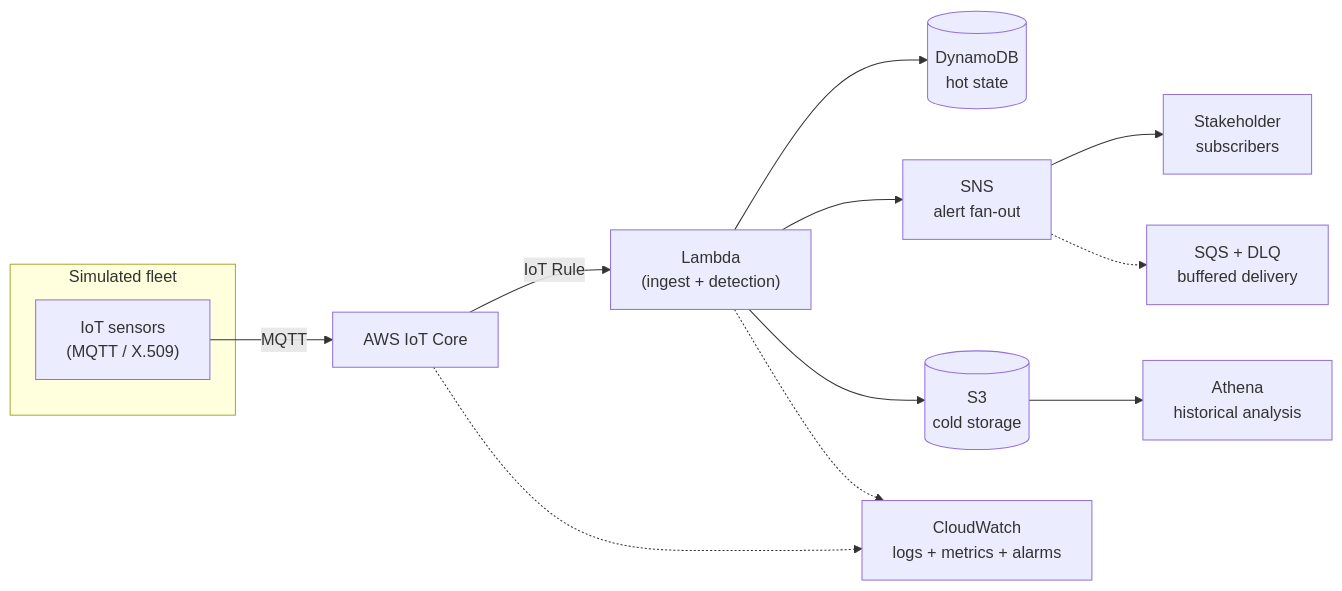
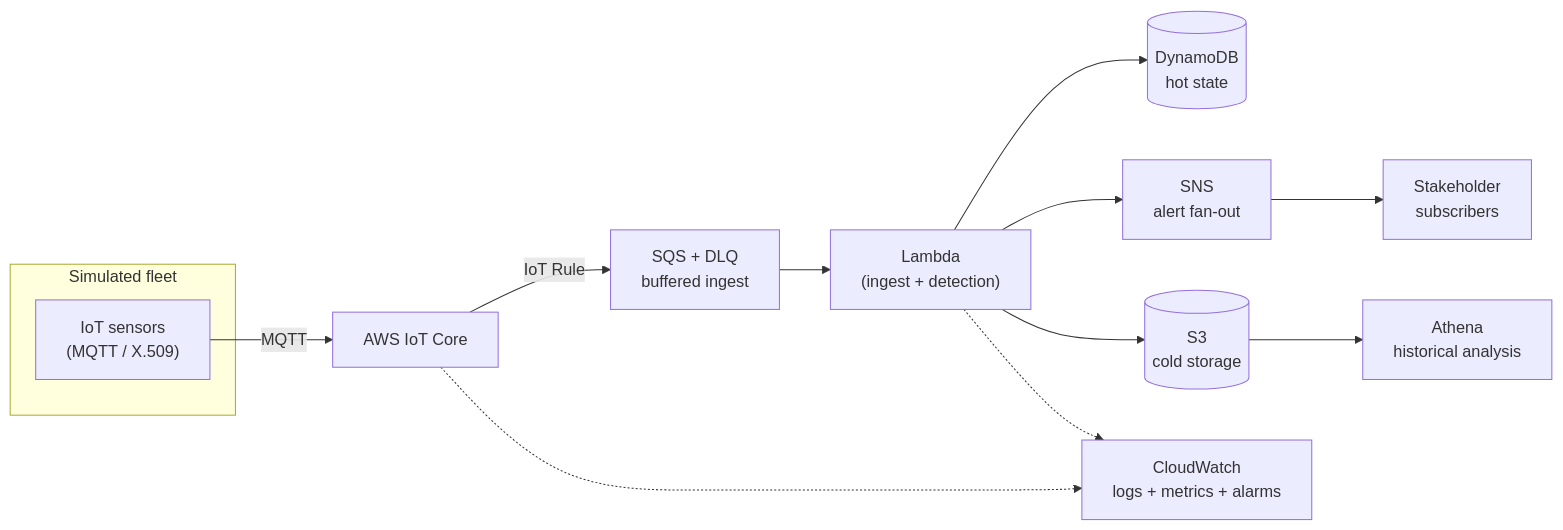
The diagram in README.md (jssutachan/pyrosense-infrastructure), drawn with Mermaid before and after one commit. The commit also changed other lines of this file and 32 other files, not shown here.

````diff
--- a/README.md
+++ b/README.md
@@ -39,19 +41,19 @@
 ```mermaid
 flowchart LR
     subgraph Edge["Simulated fleet"]
         S["IoT sensors<br/>(MQTT / X.509)"]
     end
 
     S -->|MQTT| IOT["AWS IoT Core"]
-    IOT -->|IoT Rule| L["Lambda<br/>(ingest + detection)"]
+    IOT -->|IoT Rule| SQS["SQS + DLQ<br/>buffered ingest"]
+    SQS --> L["Lambda<br/>(ingest + detection)"]
     L --> DDB[("DynamoDB<br/>hot state")]
     L --> SNS["SNS<br/>alert fan-out"]
     SNS --> SUB["Stakeholder<br/>subscribers"]
-    SNS -.-> SQS["SQS + DLQ<br/>buffered delivery"]
     L --> S3[("S3<br/>cold storage")]
     S3 --> ATH["Athena<br/>historical analysis"]
 
     CW["CloudWatch<br/>logs + metrics + alarms"]
     L -.-> CW
     IOT -.-> CW
 ```
````
